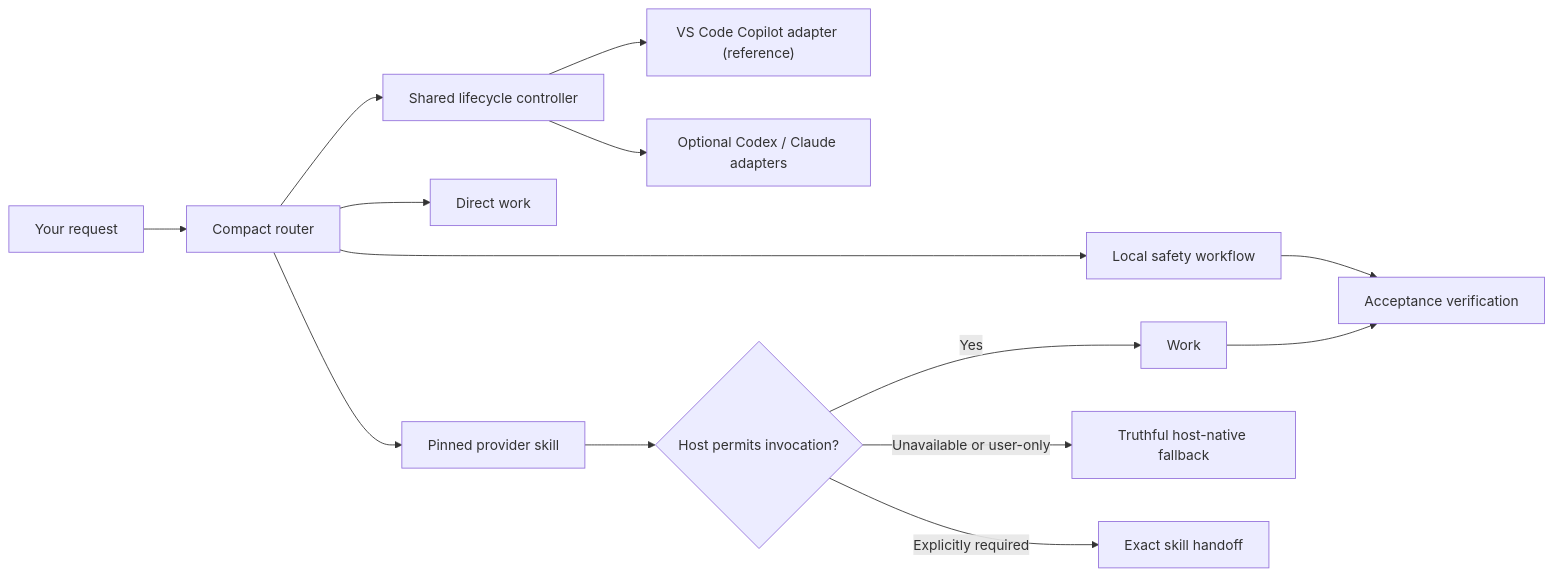
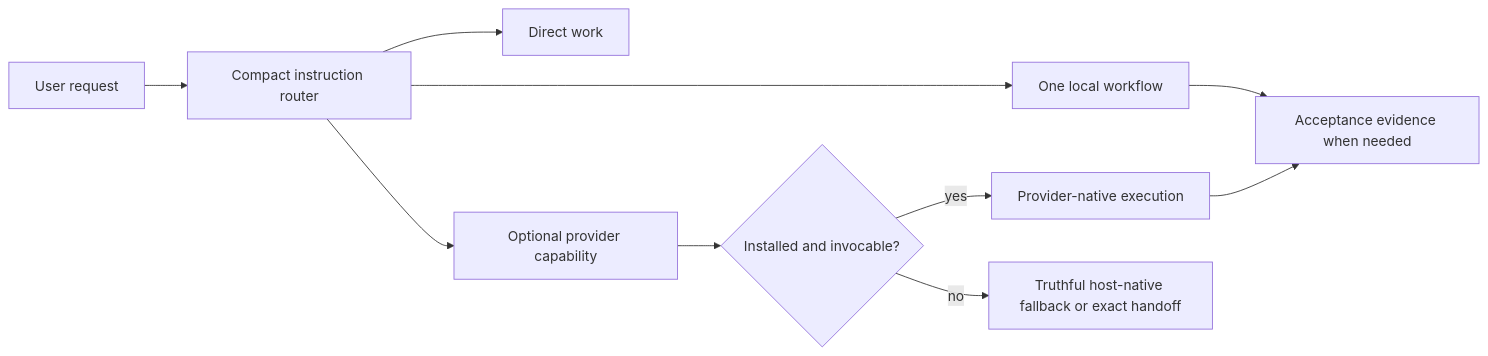
The diagram in README.md (jimmfan/agentic-workflow), drawn with Mermaid before and after one commit. The commit also changed other lines of this file and 39 other files, not shown here.

````diff
--- a/README.md
+++ b/README.md
@@ -10,16 +21,12 @@
 ```mermaid
 flowchart LR
-    request["Your request"] --> router["Compact router"]
-    router --> controller["Shared lifecycle controller"]
-    controller --> vscode["VS Code Copilot adapter (reference)"]
-    controller --> secondary["Optional Codex / Claude adapters"]
+    request["User request"] --> router["Compact instruction router"]
     router --> direct["Direct work"]
-    router --> local["Local safety workflow"]
-    router --> provider["Pinned provider skill"]
-    provider --> gate{"Host permits invocation?"}
-    gate -->|Yes| work["Work"]
-    gate -->|Unavailable or user-only| fallback["Truthful host-native fallback"]
-    gate -->|Explicitly required| handoff["Exact skill handoff"]
-    local --> verify["Acceptance verification"]
-    work --> verify
+    router --> local["One local workflow"]
+    router --> optional["Optional provider capability"]
+    optional --> available{"Installed and invocable?"}
+    available -->|yes| execute["Provider-native execution"]
+    available -->|no| fallback["Truthful host-native fallback or exact handoff"]
+    local --> evidence["Acceptance evidence when needed"]
+    execute --> evidence
 ```
````
